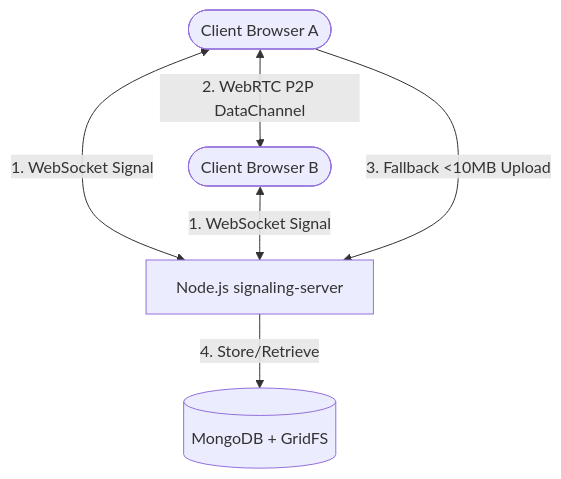
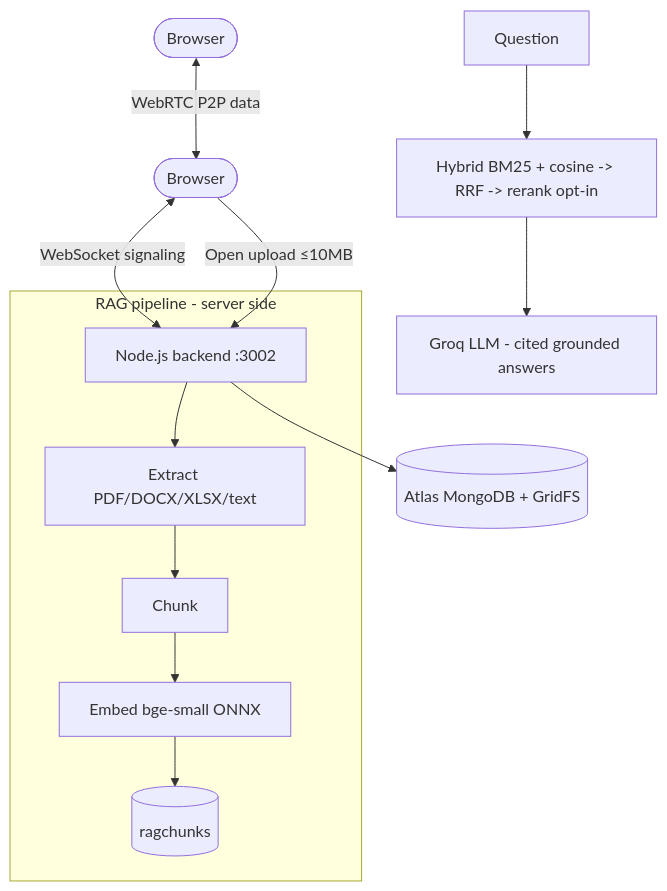
The diagram in README.md (AdityaAgrawal08/quick-share), drawn with Mermaid before and after one commit. The commit also changed other lines of this file, not shown here.

Commit message:
docs: rewrite README for RAG agent, Open/Private model, ports & deployment

````diff
--- a/README.md
+++ b/README.md
@@ -21,8 +23,14 @@
 ```mermaid
 graph TD
-    ClientA([Client Browser A]) <-->|1. WebSocket Signal| SigServer[Node.js signaling-server]
-    ClientB([Client Browser B]) <-->|1. WebSocket Signal| SigServer
-    ClientA <-->|2. WebRTC P2P DataChannel| ClientB
-    ClientA -->|3. Fallback <10MB Upload| SigServer
-    SigServer -->|4. Store/Retrieve| MongoDB[(MongoDB + GridFS)]
+    A([Browser]) <-->|WebSocket signaling| S[Node.js backend :3002]
+    B([Browser]) <-->|WebRTC P2P data| A
+    A -->|Open upload ≤10MB| S
+    S --> M[(Atlas MongoDB + GridFS)]
+    subgraph RAG pipeline [RAG pipeline - server side]
+        S --> E[Extract PDF/DOCX/XLSX/text]
+        E --> C[Chunk] --> EM[Embed bge-small ONNX]
+        EM --> RC[(ragchunks)]
+    end
+    Q[Question] --> H[Hybrid BM25 + cosine -> RRF -> rerank opt-in]
+    H --> G[Groq LLM - cited grounded answers]
 ```
````
